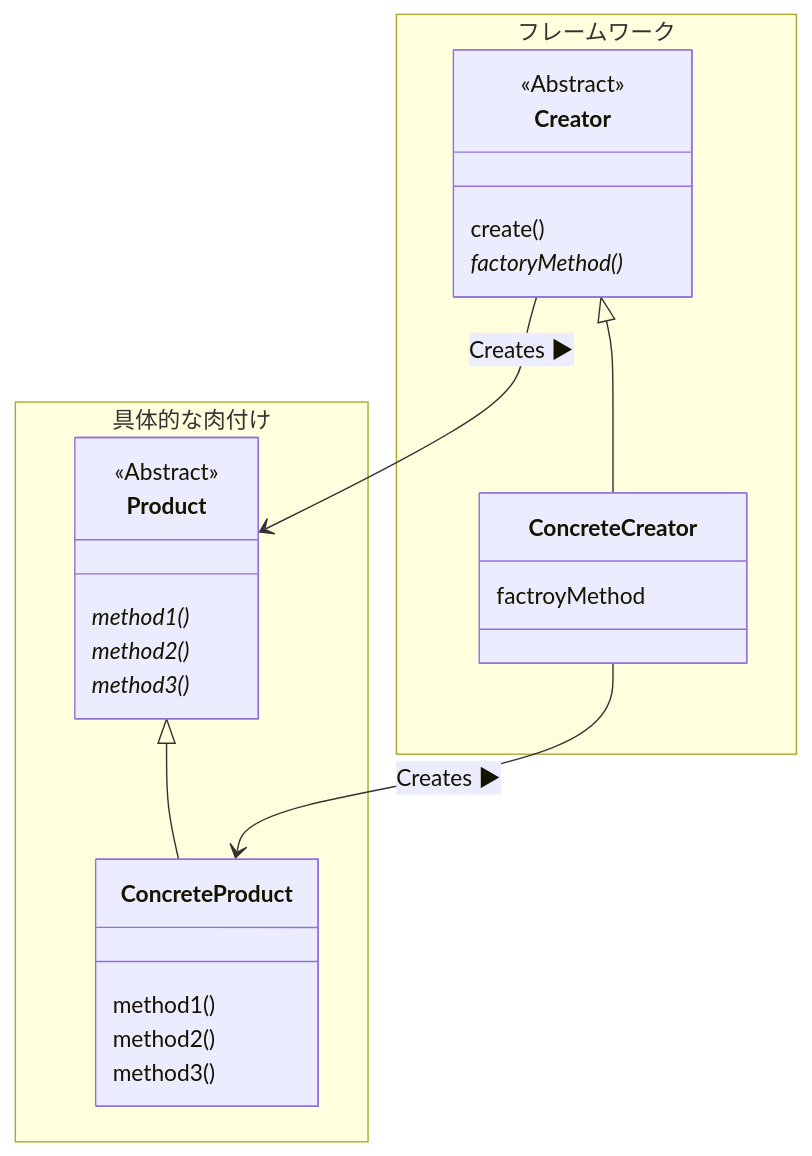
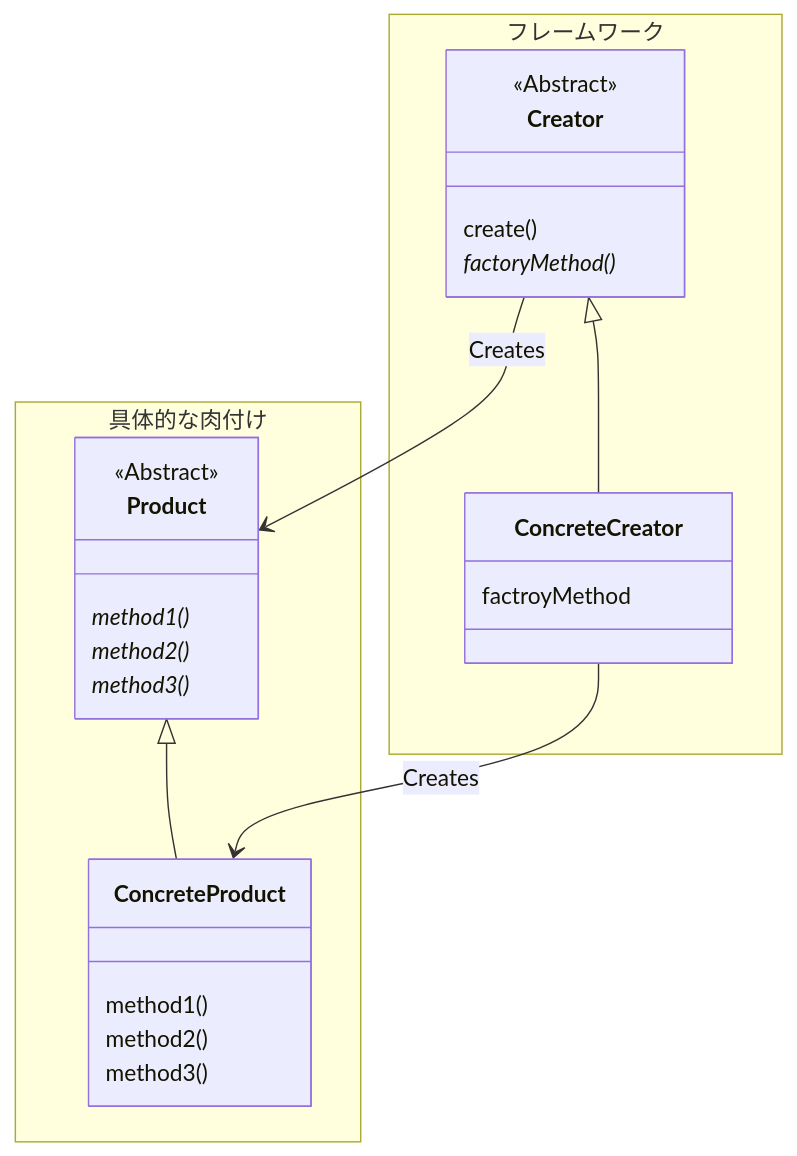
The diagram in programming/ood/design-patterns/factory-method.md (nonsugar-go/study), drawn with Mermaid before and after one commit.

````diff
--- a/programming/ood/design-patterns/factory-method.md
+++ b/programming/ood/design-patterns/factory-method.md
@@ -2,30 +2,30 @@
 ```mermaid
 classDiagram
     Creator <|-- ConcreteCreator
     Product <|-- ConcreteProduct
-    Creator --> Product : Creates ▶
-    ConcreteCreator --> ConcreteProduct : Creates ▶
+    Creator --> Product : Creates
+    ConcreteCreator --> ConcreteProduct : Creates
     namespace フレームワーク {
         class Creator{
             <<Abstract>>
             create() 
             factoryMethod()*
         }
         class ConcreteCreator{
             factroyMethod
         }
     }
     namespace 具体的な肉付け {
         class Product{
             <<Abstract>>
             method1()*
             method2()*
             method3()*
         }
         class ConcreteProduct{
             method1()
             method2()
             method3()
         }
     }
 ```
````
